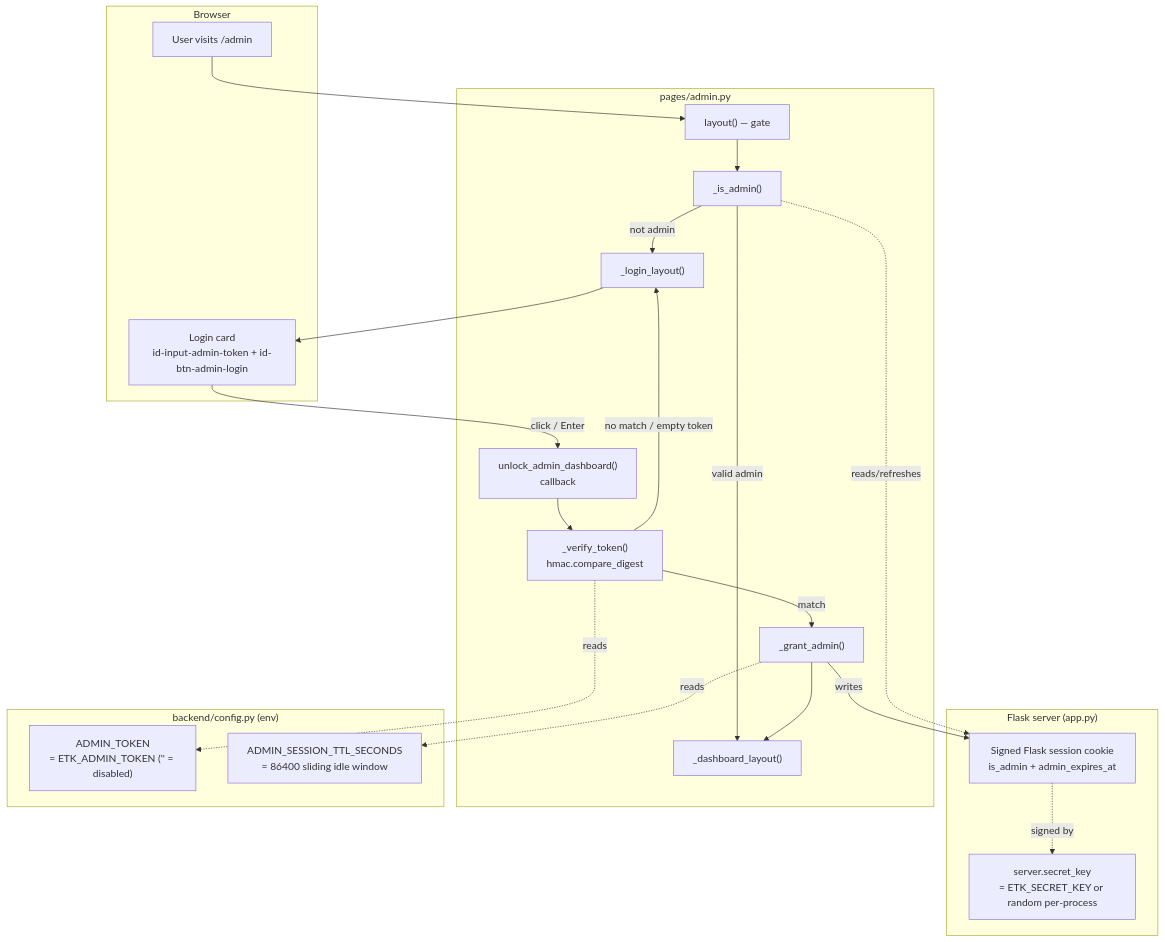
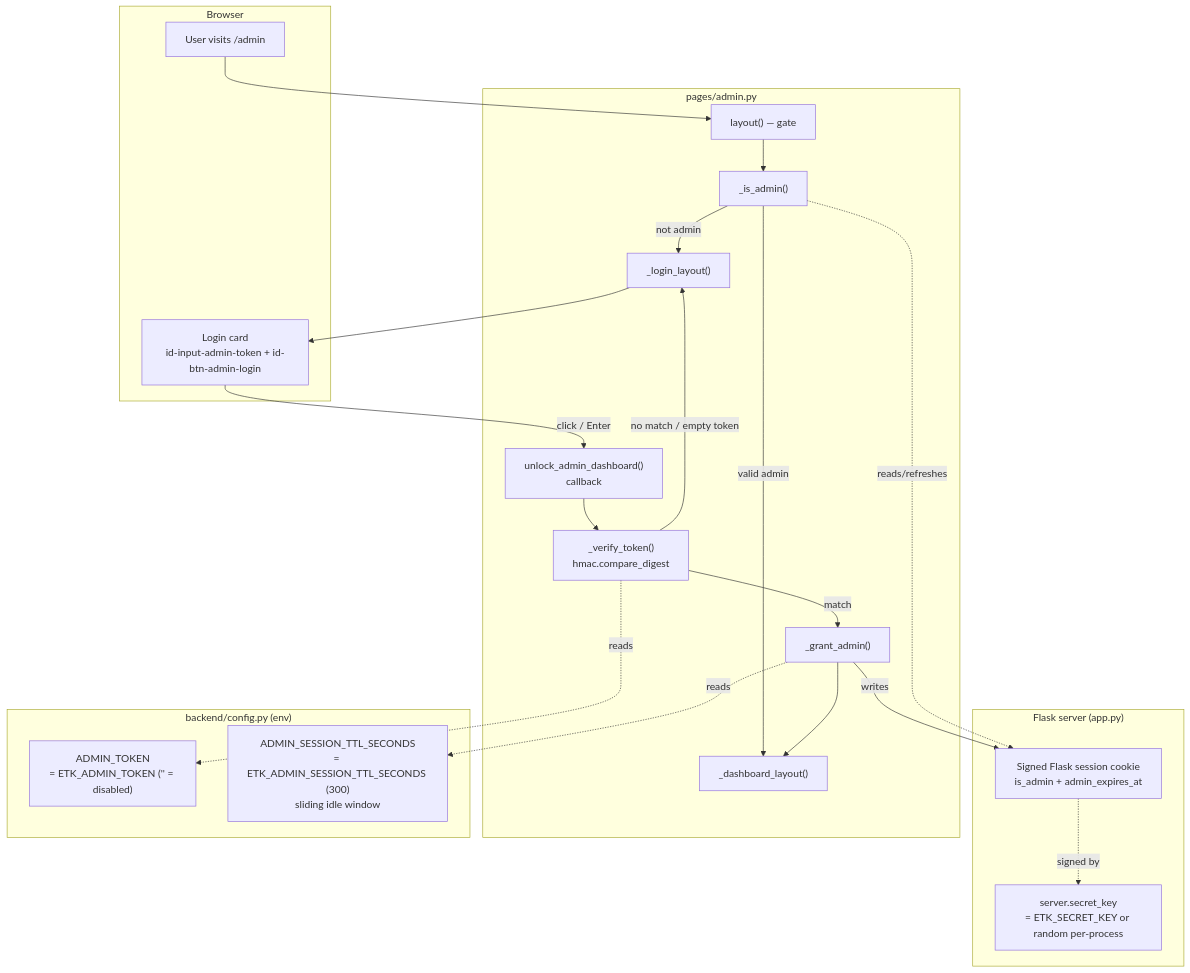
One commit to ssec-jhu/enzyme-tk-app changed the first of 2 diagrams in docs/admin-login.md. Above: the diagram before and after it, drawn with Mermaid. The commit also changed other lines of this file and 122 other files, not shown here.

````diff
--- a/docs/admin-login.md
+++ b/docs/admin-login.md
@@ -8,44 +8,44 @@
 ```mermaid
 flowchart TD
     subgraph Client["Browser"]
         U["User visits /admin"]
         Form["Login card<br/>id-input-admin-token + id-btn-admin-login"]
     end
 
     subgraph Flask["Flask server (app.py)"]
         SK["server.secret_key<br/>= ETK_SECRET_KEY or random per-process"]
         Cookie["Signed Flask session cookie<br/>is_admin + admin_expires_at"]
     end
 
     subgraph Page["pages/admin.py"]
         Layout["layout() — gate"]
         IsAdmin["_is_admin()"]
         Unlock["unlock_admin_dashboard()<br/>callback"]
         Verify["_verify_token()<br/>hmac.compare_digest"]
         Grant["_grant_admin()"]
         Login["_login_layout()"]
         Dash["_dashboard_layout()"]
     end
 
     subgraph Config["backend/config.py (env)"]
         Token["ADMIN_TOKEN<br/>= ETK_ADMIN_TOKEN ('' = disabled)"]
-        TTL["ADMIN_SESSION_TTL_SECONDS<br/>= 86400 sliding idle window"]
+        TTL["ADMIN_SESSION_TTL_SECONDS<br/>= ETK_ADMIN_SESSION_TTL_SECONDS (300)<br/>sliding idle window"]
     end
 
     U --> Layout
     Layout --> IsAdmin
     IsAdmin -->|not admin| Login
     IsAdmin -->|valid admin| Dash
     Login --> Form
     Form -->|click / Enter| Unlock
     Unlock --> Verify
     Verify -.reads.-> Token
     Verify -->|no match / empty token| Login
     Verify -->|match| Grant
     Grant -->|writes| Cookie
     Grant -.reads.-> TTL
     Grant --> Dash
 
     IsAdmin -.reads/refreshes.-> Cookie
     Cookie -.signed by.-> SK
 ```
````
